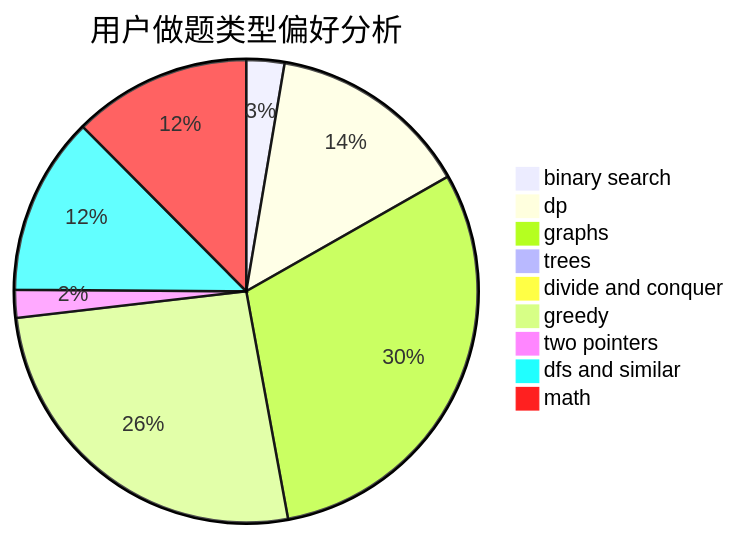
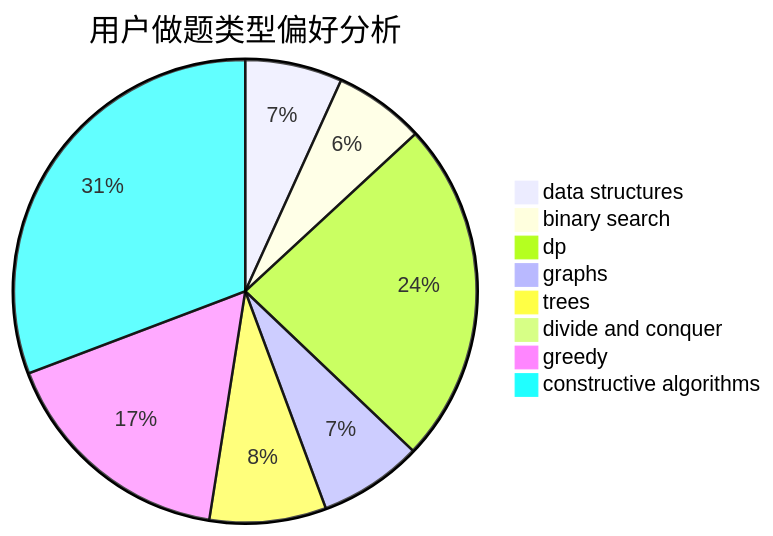
The second of 3 diagrams in docs/user/u2399.md (sherpahu/cfrs.github.io), drawn with Mermaid before and after one commit. The commit also changed other lines of this file and 2775 other files, not shown here.

````diff
--- a/docs/user/u2399.md
+++ b/docs/user/u2399.md
@@ -23,12 +23,11 @@
 ```mermaid
 pie title 用户做题类型偏好分析
-    "binary search" :  67
-    "dp" :  356
-    "graphs" :  765
-    "trees" :  24
+    "data structures" :  15
+    "binary search" :  14
+    "dp" :  53
+    "graphs" :  16
+    "trees" :  18
     "divide and conquer" :  0
-    "greedy" :  657
-    "two pointers" :  49
-    "dfs and similar" :  314
-    "math" :  314
+    "greedy" :  37
+    "constructive algorithms" :  68
 ```
````
